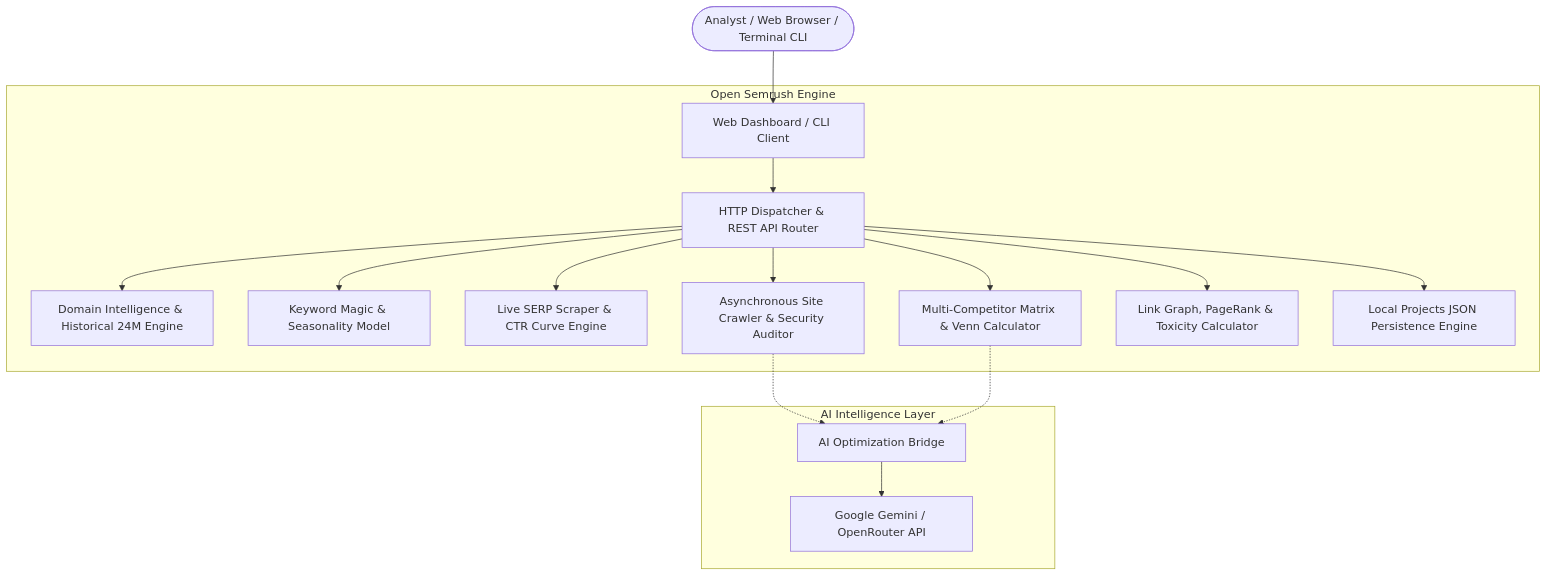
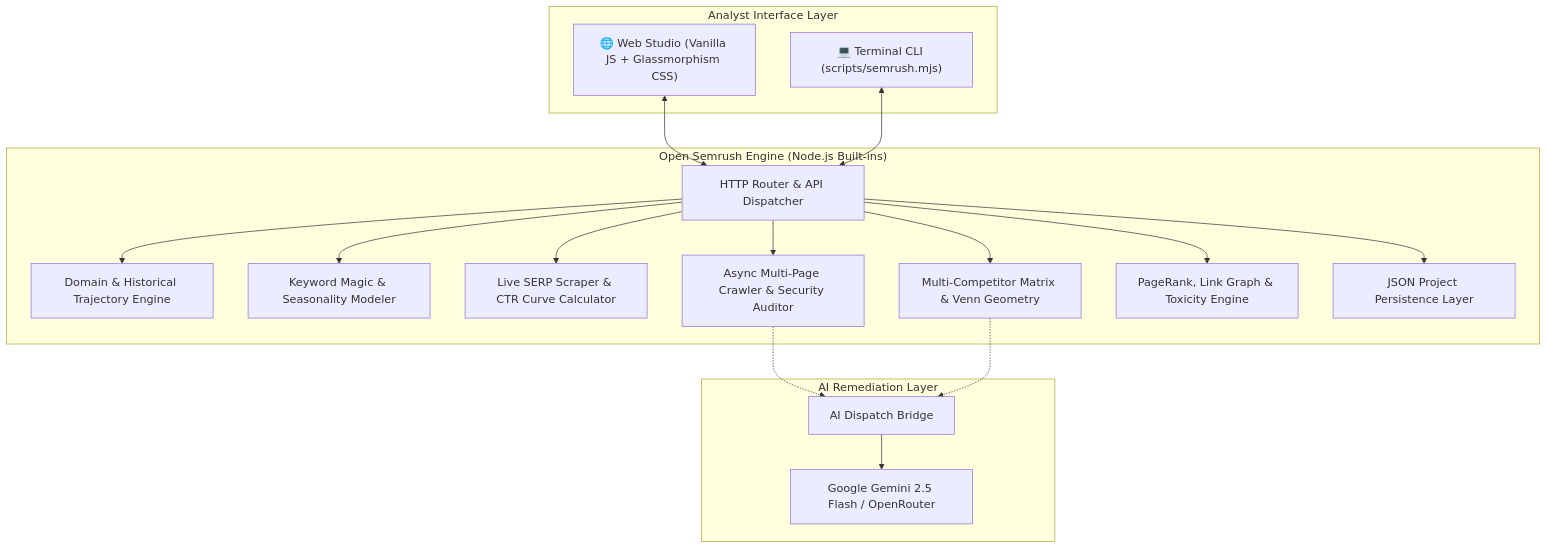
The diagram in README.md (mightyalok00/open-semrush), drawn with Mermaid before and after one commit. The commit also changed other lines of this file, not shown here.

Commit message:
docs: enrich README with interactive ASCII dashboard, sample outputs, and GitHub alert callouts

````diff
--- a/README.md
+++ b/README.md
@@ -58,21 +145,38 @@
 ```mermaid
-graph TD
-    User([Analyst / Web Browser / Terminal CLI]) --> WebStudio[Web Dashboard / CLI Client]
-    
-    subgraph Open Semrush Engine
-        WebStudio --> Router[HTTP Dispatcher & REST API Router]
-        Router --> DomainEngine[Domain Intelligence & Historical 24M Engine]
-        Router --> KeywordEngine[Keyword Magic & Seasonality Model]
-        Router --> SerpEngine[Live SERP Scraper & CTR Curve Engine]
-        Router --> CrawlerEngine[Asynchronous Site Crawler & Security Auditor]
-        Router --> GapEngine[Multi-Competitor Matrix & Venn Calculator]
-        Router --> BacklinkEngine[Link Graph, PageRank & Toxicity Calculator]
-        Router --> StorageEngine[Local Projects JSON Persistence Engine]
+flowchart TD
+    subgraph Client["Analyst Interface Layer"]
+        Browser["🌐 Web Studio (Vanilla JS + Glassmorphism CSS)"]
+        CLI["💻 Terminal CLI (scripts/semrush.mjs)"]
     end
 
-    subgraph AI Intelligence Layer
-        CrawlerEngine -.-> AiBridge[AI Optimization Bridge]
+    subgraph Server["Open Semrush Engine (Node.js Built-ins)"]
+        Router["HTTP Router & API Dispatcher"]
+        
+        DomainEngine["Domain & Historical Trajectory Engine"]
+        KeywordEngine["Keyword Magic & Seasonality Modeler"]
+        SerpEngine["Live SERP Scraper & CTR Curve Calculator"]
+        CrawlerEngine["Async Multi-Page Crawler & Security Auditor"]
+        GapEngine["Multi-Competitor Matrix & Venn Geometry"]
+        BacklinkEngine["PageRank, Link Graph & Toxicity Engine"]
+        StorageEngine["JSON Project Persistence Layer"]
+        
+        Router --> DomainEngine
+        Router --> KeywordEngine
+        Router --> SerpEngine
+        Router --> CrawlerEngine
+        Router --> GapEngine
+        Router --> BacklinkEngine
+        Router --> StorageEngine
+    end
+
+    subgraph AI["AI Remediation Layer"]
+        AiBridge["AI Dispatch Bridge"]
+        Gemini["Google Gemini 2.5 Flash / OpenRouter"]
+        CrawlerEngine -.-> AiBridge
         GapEngine -.-> AiBridge
-        AiBridge --> Gemini[Google Gemini / OpenRouter API]
+        AiBridge --> Gemini
     end
+
+    Browser <--> Router
+    CLI <--> Router
 ```
````
